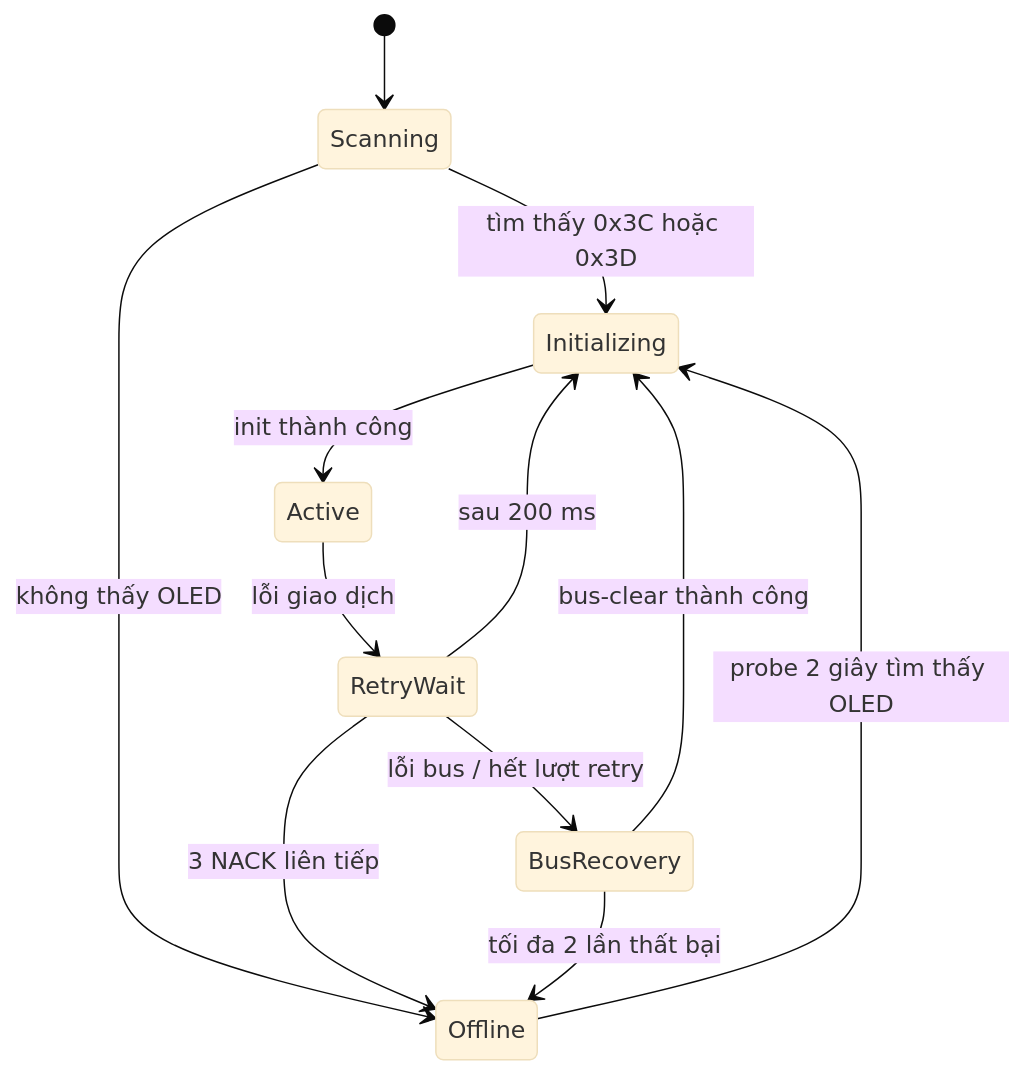
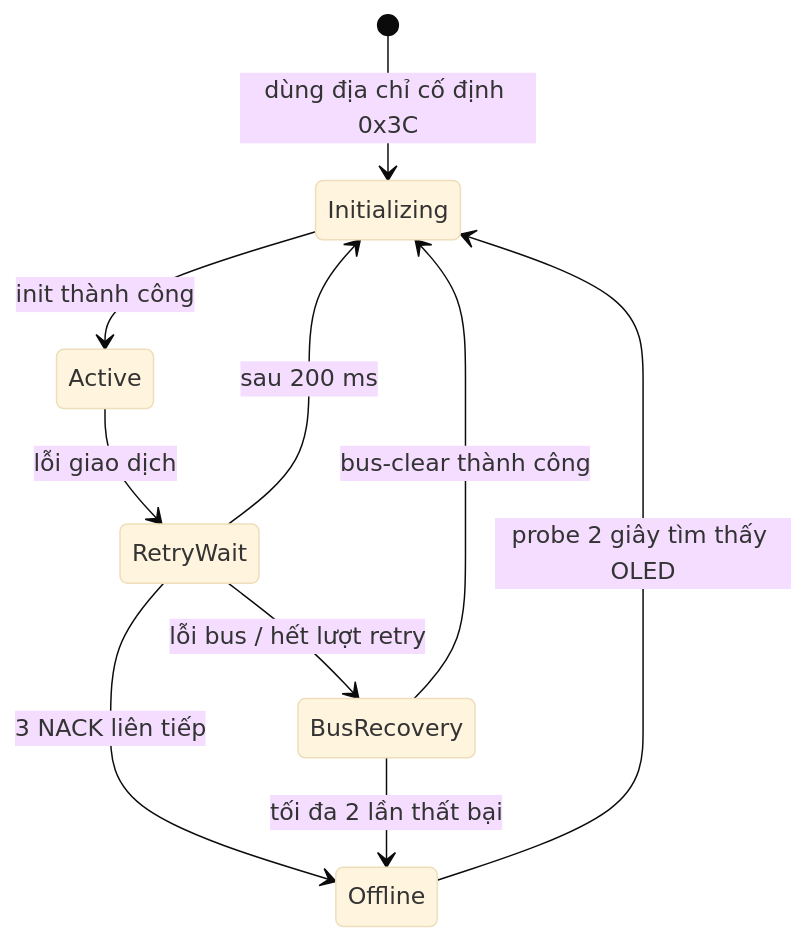
One commit to DontMindMe129/bluetooth-control-device changed the fourth of 4 diagrams in docs/firmware-flow.md. Above: the diagram before and after it, drawn with Mermaid (base theme). The commit also changed other lines of this file and 21 other files, not shown here.

````diff
--- a/docs/firmware-flow.md
+++ b/docs/firmware-flow.md
@@ -77,14 +78,12 @@
 ```mermaid
 stateDiagram-v2
-    [*] --> Scanning
-    Scanning --> Initializing: tìm thấy 0x3C hoặc 0x3D
-    Scanning --> Offline: không thấy OLED
+    [*] --> Initializing: dùng địa chỉ cố định 0x3C
     Initializing --> Active: init thành công
     Active --> RetryWait: lỗi giao dịch
     RetryWait --> Initializing: sau 200 ms
     RetryWait --> Offline: 3 NACK liên tiếp
     RetryWait --> BusRecovery: lỗi bus / hết lượt retry
     BusRecovery --> Initializing: bus-clear thành công
     BusRecovery --> Offline: tối đa 2 lần thất bại
     Offline --> Initializing: probe 2 giây tìm thấy OLED
 ```
````
